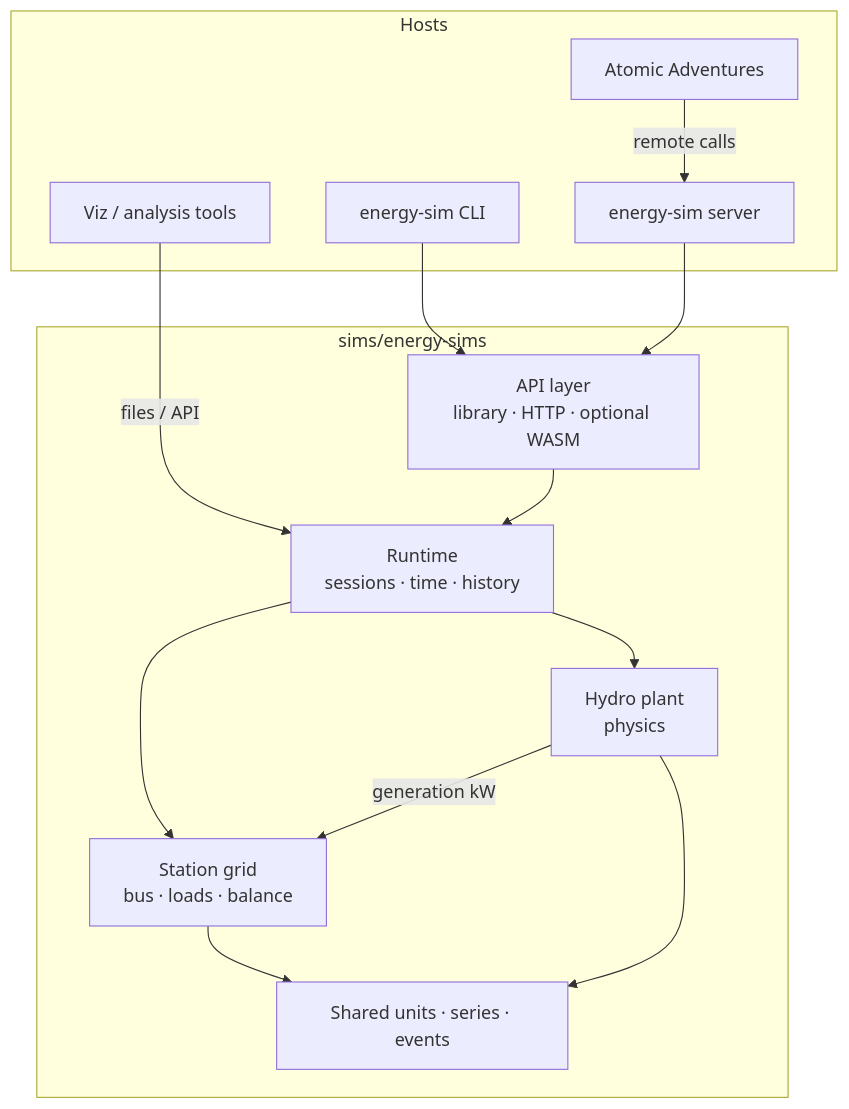
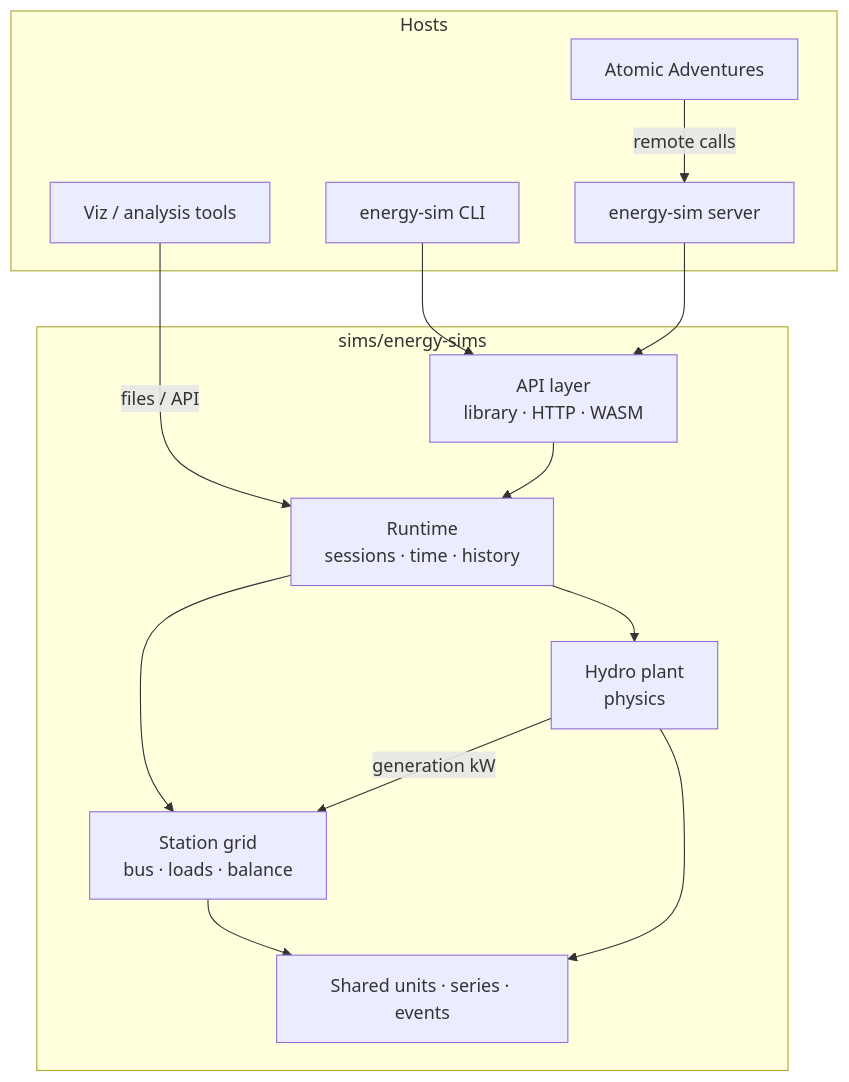
The first of 3 diagrams in docs/design.md (ZanzibarNuclear/energy-sims), drawn with Mermaid before and after one commit. The commit also changed other lines of this file and 12 other files, not shown here.

````diff
--- a/docs/design.md
+++ b/docs/design.md
@@ -104,28 +108,28 @@
 ```mermaid
 flowchart TB
   subgraph hosts [Hosts]
     CLI[energy-sim CLI]
     SVC[energy-sim server]
     GAME[Atomic Adventures]
     TOOLS[Viz / analysis tools]
   end
 
   subgraph engine [sims/energy-sims]
-    API[API layer<br/>library · HTTP · optional WASM]
+    API[API layer<br/>library · HTTP · WASM]
     RT[Runtime<br/>sessions · time · history]
     GRID[Station grid<br/>bus · loads · balance]
     HYDRO[Hydro plant<br/>physics]
     CORE[Shared units · series · events]
   end
 
   CLI --> API
   SVC --> API
   GAME -->|remote calls| SVC
   TOOLS -->|files / API| RT
   API --> RT
   RT --> GRID
   RT --> HYDRO
   GRID --> CORE
   HYDRO --> CORE
   HYDRO -->|generation kW| GRID
 ```
````
